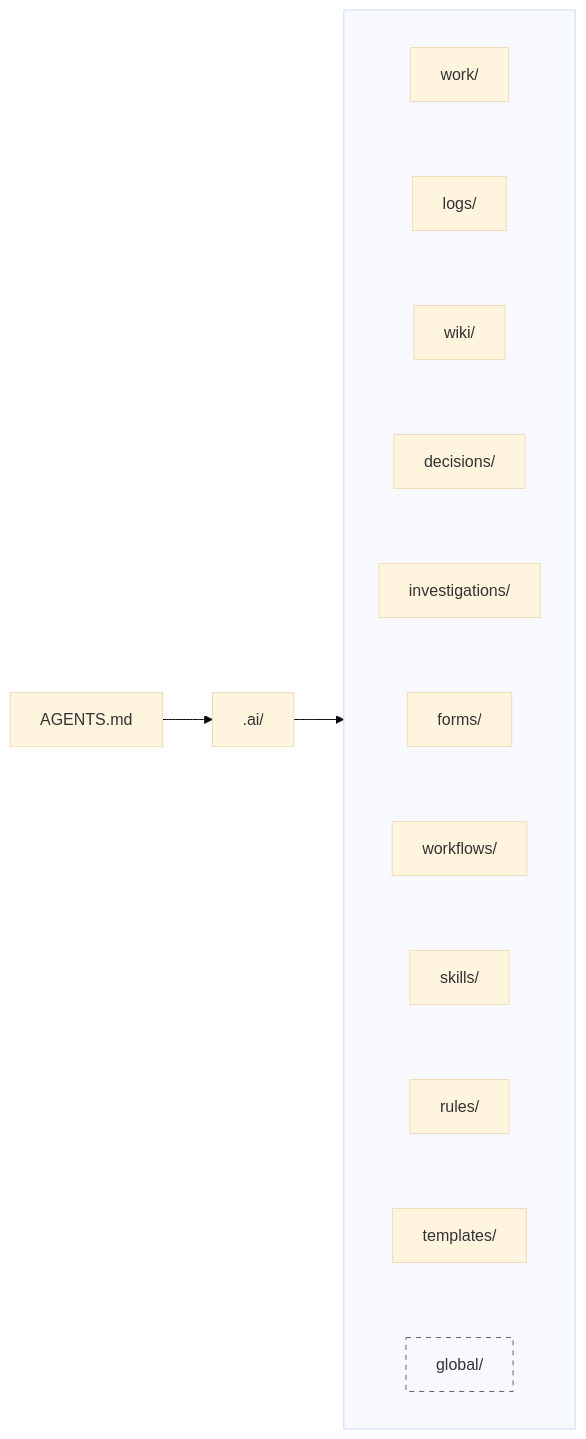
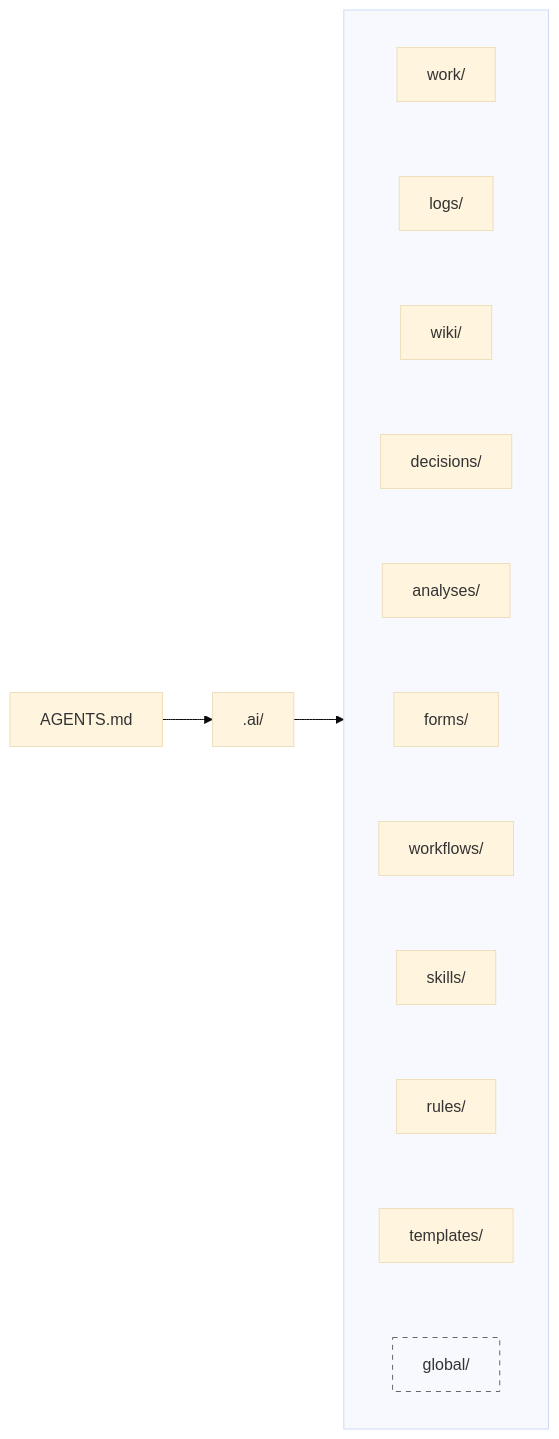
Before and after one commit to marcosrdac/gamk: the first of 3 diagrams in README.md, drawn with Mermaid (base theme). The commit also changed other lines of this file and 21 other files, not shown here.

Commit message:
refactor: rename investigations to analyses

````diff
--- a/README.md
+++ b/README.md
@@ -22,23 +22,23 @@
 ```mermaid
 flowchart LR
     A["AGENTS.md"] --> M[".ai/"] --> MEMORY
 
     subgraph MEMORY[" "]
         direction TB
         W["work/"]
         L["logs/"]
         K["wiki/"]
         D["decisions/"]
-        I["investigations/"]
+        I["analyses/"]
         F["forms/"]
         P["workflows/"]
         S["skills/"]
         R["rules/"]
         T["templates/"]
         G["global/"]
 
         W ~~~ L ~~~ K ~~~ D ~~~ I ~~~ F ~~~ P ~~~ S ~~~ R ~~~ T ~~~ G
     end
 
     style G fill:transparent,stroke:#666,stroke-dasharray: 5 5
 ```
````
